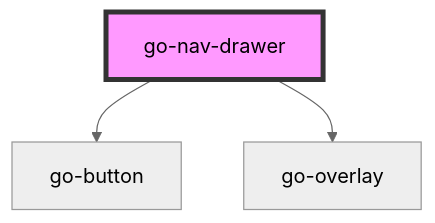
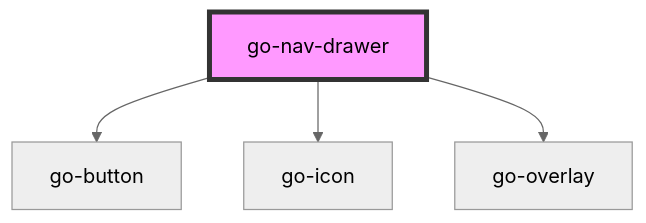
The diagram in src/components/go-nav-drawer/readme.md (getgoui/go-ui), drawn with Mermaid (neutral theme) before and after one commit. The commit also changed other lines of this file and 3 other files, not shown here.

````diff
--- a/src/components/go-nav-drawer/readme.md
+++ b/src/components/go-nav-drawer/readme.md
@@ -75,6 +76,7 @@
 ```mermaid
 graph TD;
   go-nav-drawer --> go-button
+  go-nav-drawer --> go-icon
   go-nav-drawer --> go-overlay
   style go-nav-drawer fill:#f9f,stroke:#333,stroke-width:4px
 ```
````
